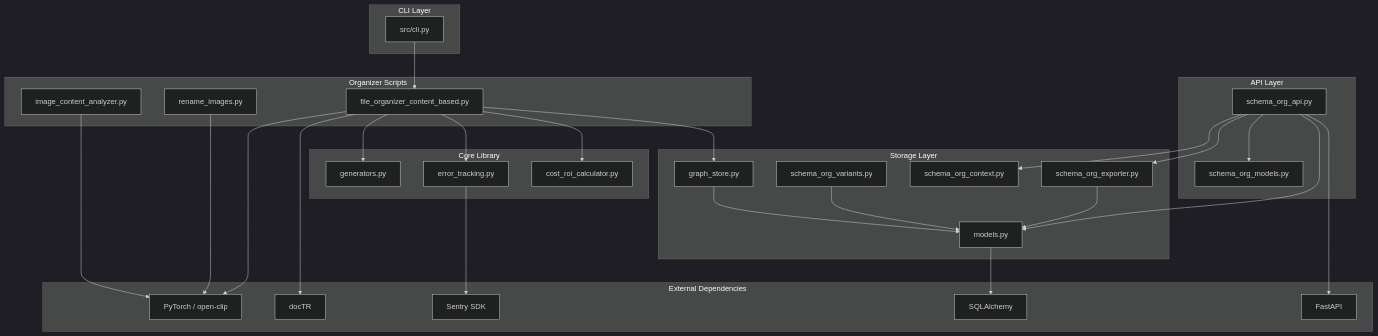
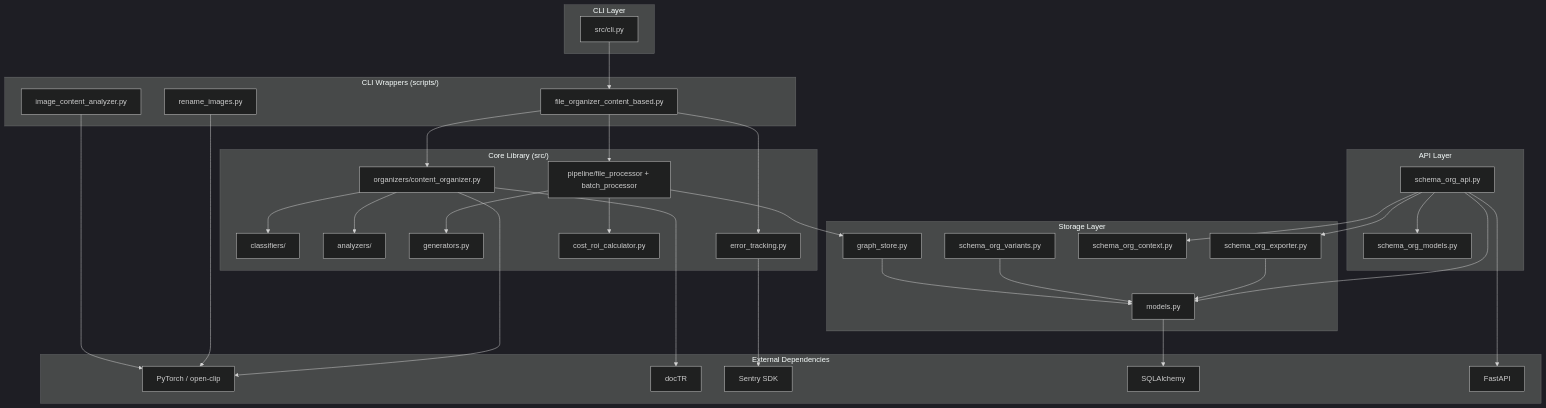
One commit to aledlie/schema-org-file-system changed the fourth of 4 diagrams in README.md. Above: the diagram before and after it, drawn with Mermaid (dark theme). The commit also changed other lines of this file and 1 other file, not shown here.

````diff
--- a/README.md
+++ b/README.md
@@ -392,63 +409,71 @@
 ```mermaid
 graph TB
     subgraph CLI["CLI Layer"]
         cli[src/cli.py]
     end
 
     subgraph API["API Layer"]
         soa[schema_org_api.py]
         som[schema_org_models.py]
     end
 
-    subgraph Scripts["Organizer Scripts"]
+    subgraph Scripts["CLI Wrappers (scripts/)"]
         foc[file_organizer_content_based.py]
         icr[rename_images.py]
         ica[image_content_analyzer.py]
     end
 
-    subgraph Core["Core Library"]
+    subgraph Core["Core Library (src/)"]
+        org[organizers/content_organizer.py]
+        pipe[pipeline/file_processor + batch_processor]
+        clf[classifiers/]
+        ana[analyzers/]
         gen[generators.py]
         err[error_tracking.py]
         cost[cost_roi_calculator.py]
     end
 
     subgraph Storage["Storage Layer"]
         gs[graph_store.py]
         models[models.py]
         exp[schema_org_exporter.py]
         ctx[schema_org_context.py]
         var[schema_org_variants.py]
     end
 
     subgraph External["External Dependencies"]
         torch[PyTorch / open-clip]
         doctr[docTR]
         sentry[Sentry SDK]
         sa[SQLAlchemy]
         fa[FastAPI]
     end
 
     cli --> foc
 
-    foc --> gen
+    foc --> org
+    foc --> pipe
+    org --> clf
+    org --> ana
+    org --> torch
+    org --> doctr
+    pipe --> gen
+    pipe --> gs
+    pipe --> cost
     foc --> err
-    foc --> cost
-    foc --> gs
-    foc --> torch
-    foc --> doctr
 
     icr --> torch
     ica --> torch
 
     soa --> exp
     soa --> ctx
     soa --> models
     soa --> som
     soa --> fa
 
     exp --> models
     var --> models
     gs --> models
     models --> sa
     err --> sentry
 ```
````
